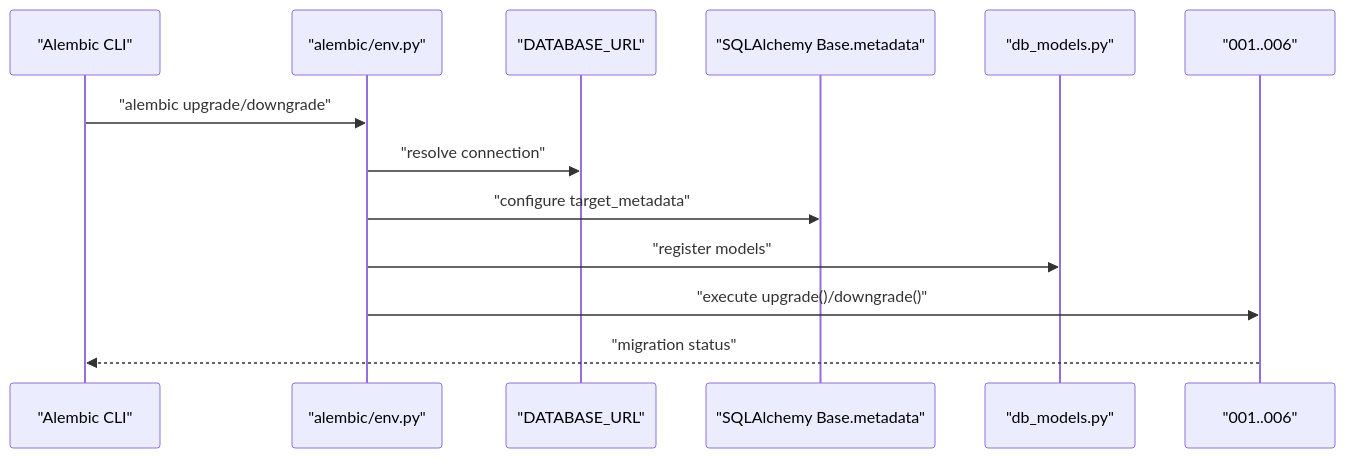
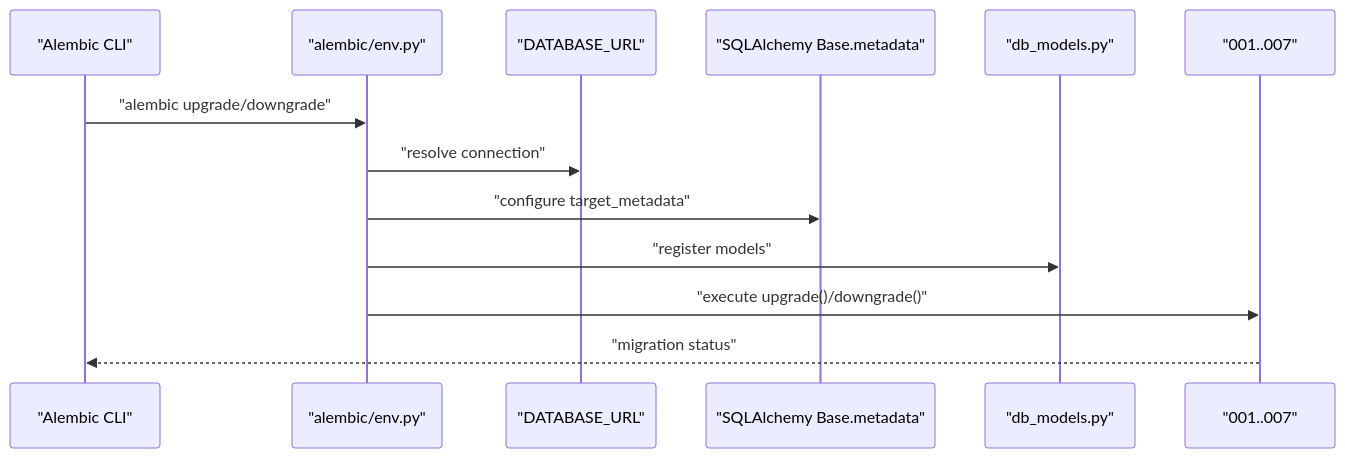
One commit to Revanththetalogics/aireume changed the second of 10 diagrams in .qoder/repowiki/en/content/Database Design/Migration Management.md. Above: the diagram before and after it, drawn with Mermaid. The commit also changed other lines of this file and 15 other files, not shown here.

````diff
--- a/.qoder/repowiki/en/content/Database Design/Migration Management.md
+++ b/.qoder/repowiki/en/content/Database Design/Migration Management.md
@@ -124,15 +131,15 @@
 ```mermaid
 sequenceDiagram
 participant CLI as "Alembic CLI"
 participant Env as "alembic/env.py"
 participant DB as "DATABASE_URL"
 participant Meta as "SQLAlchemy Base.metadata"
 participant Models as "db_models.py"
-participant Versions as "001..006"
+participant Versions as "001..007"
 CLI->>Env : "alembic upgrade/downgrade"
 Env->>DB : "resolve connection"
 Env->>Meta : "configure target_metadata"
 Env->>Models : "register models"
 Env->>Versions : "execute upgrade()/downgrade()"
 Versions-->>CLI : "migration status"
 ```
````
